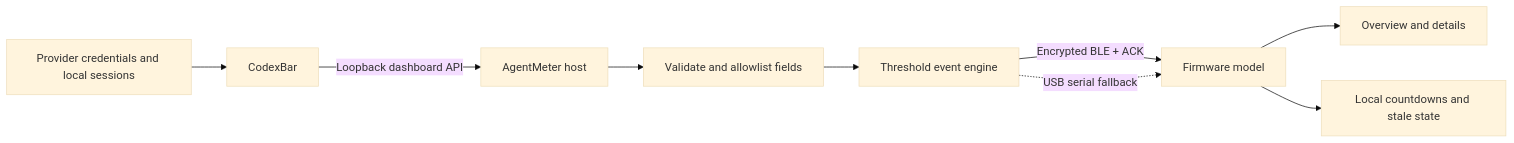
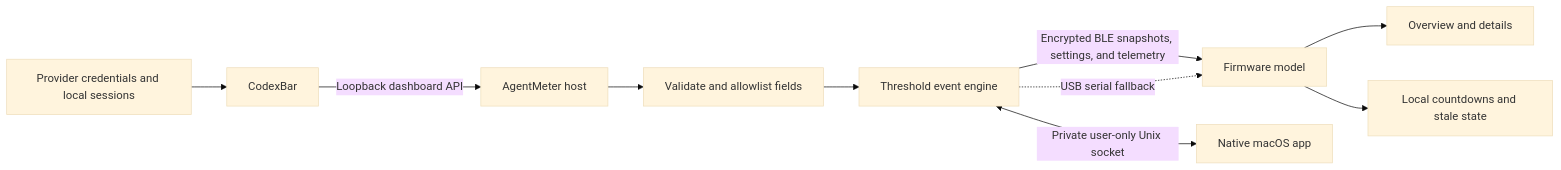
One commit to prabhavalabs/agentmeter changed the diagram in docs/architecture.md. Above: the diagram before and after it, drawn with Mermaid (base theme). The commit also changed other lines of this file and 13 other files, not shown here.

````diff
--- a/docs/architecture.md
+++ b/docs/architecture.md
@@ -7,11 +7,12 @@
 ```mermaid
 flowchart LR
     A["Provider credentials and local sessions"] --> B["CodexBar"]
     B -->|"Loopback dashboard API"| C["AgentMeter host"]
     C --> D["Validate and allowlist fields"]
     D --> E["Threshold event engine"]
-    E -->|"Encrypted BLE + ACK"| F["Firmware model"]
+    E -->|"Encrypted BLE snapshots, settings, and telemetry"| F["Firmware model"]
     E -.->|"USB serial fallback"| F
+    E <-->|"Private user-only Unix socket"| I["Native macOS app"]
     F --> G["Overview and details"]
     F --> H["Local countdowns and stale state"]
 ```
````
